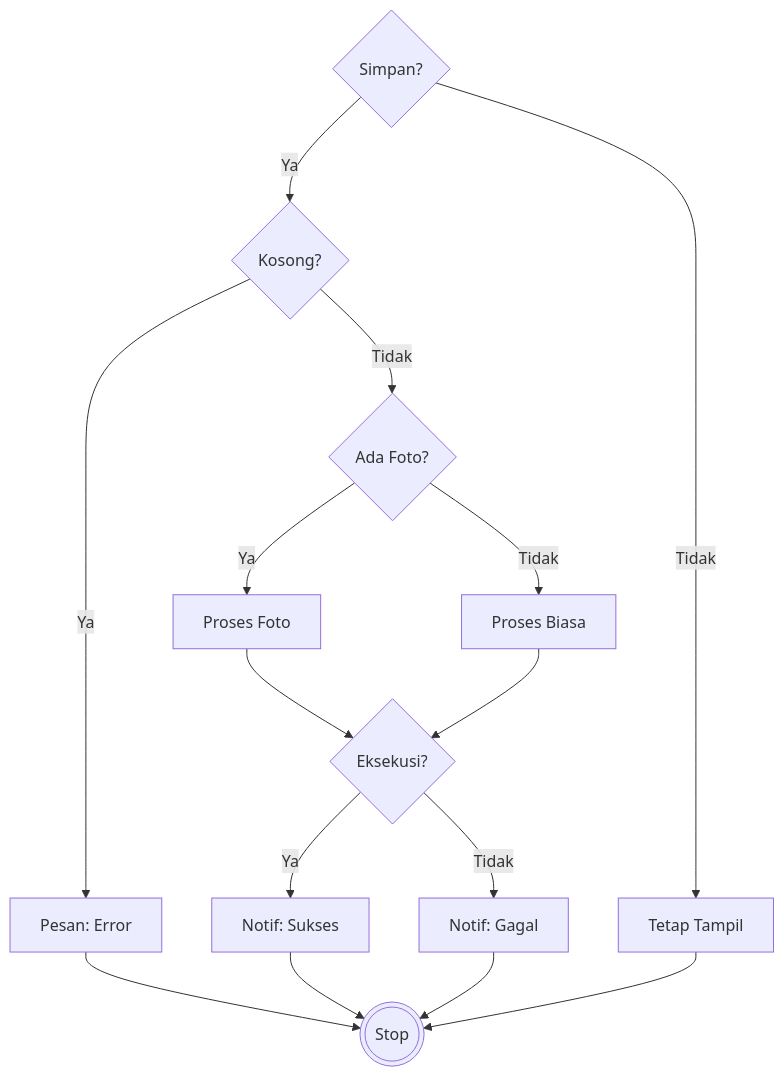
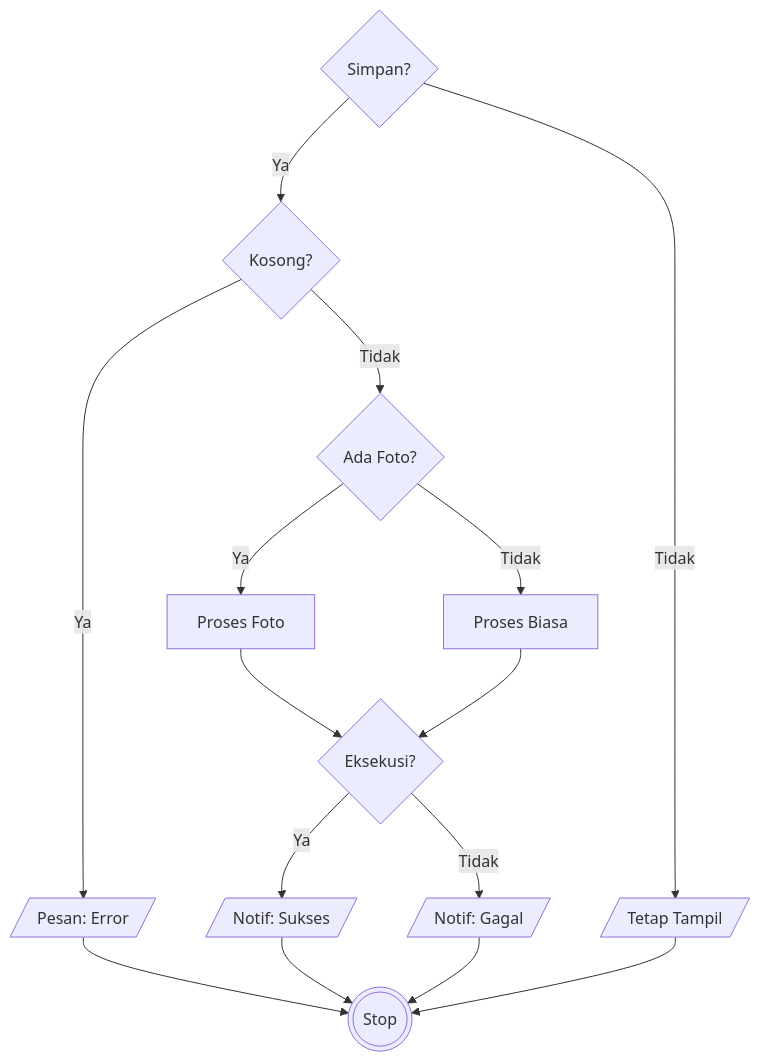
The fifth of 6 diagrams in docs/07_PENGUJIAN_WHITE_BOX.md (arbain-dev/Web_fikom), drawn with Mermaid before and after one commit. The commit also changed other lines of this file and 2 other files, not shown here.

Commit message:
docs: perbaiki bentuk IO pada flowchart

````diff
--- a/docs/07_PENGUJIAN_WHITE_BOX.md
+++ b/docs/07_PENGUJIAN_WHITE_BOX.md
@@ -251,22 +251,22 @@
 ```mermaid
 flowchart TD
     1{Simpan?} -->|Ya| 2{Kosong?}
-    1 -->|Tidak| 10[Tetap Tampil]
+    1 -->|Tidak| 10[/Tetap Tampil/]
     
-    2 -->|Ya| 3[Pesan: Error]
+    2 -->|Ya| 3[/Pesan: Error/]
     2 -->|Tidak| 4{Ada Foto?}
     
     4 -->|Ya| 5[Proses Foto]
     4 -->|Tidak| 6[Proses Biasa]
     
     5 --> 7{Eksekusi?}
     6 --> 7
     
-    7 -->|Ya| 8[Notif: Sukses]
-    7 -->|Tidak| 9[Notif: Gagal]
+    7 -->|Ya| 8[/Notif: Sukses/]
+    7 -->|Tidak| 9[/Notif: Gagal/]
     
     3 --> 11(((Stop)))
     8 --> 11
     9 --> 11
     10 --> 11
 ```
````
